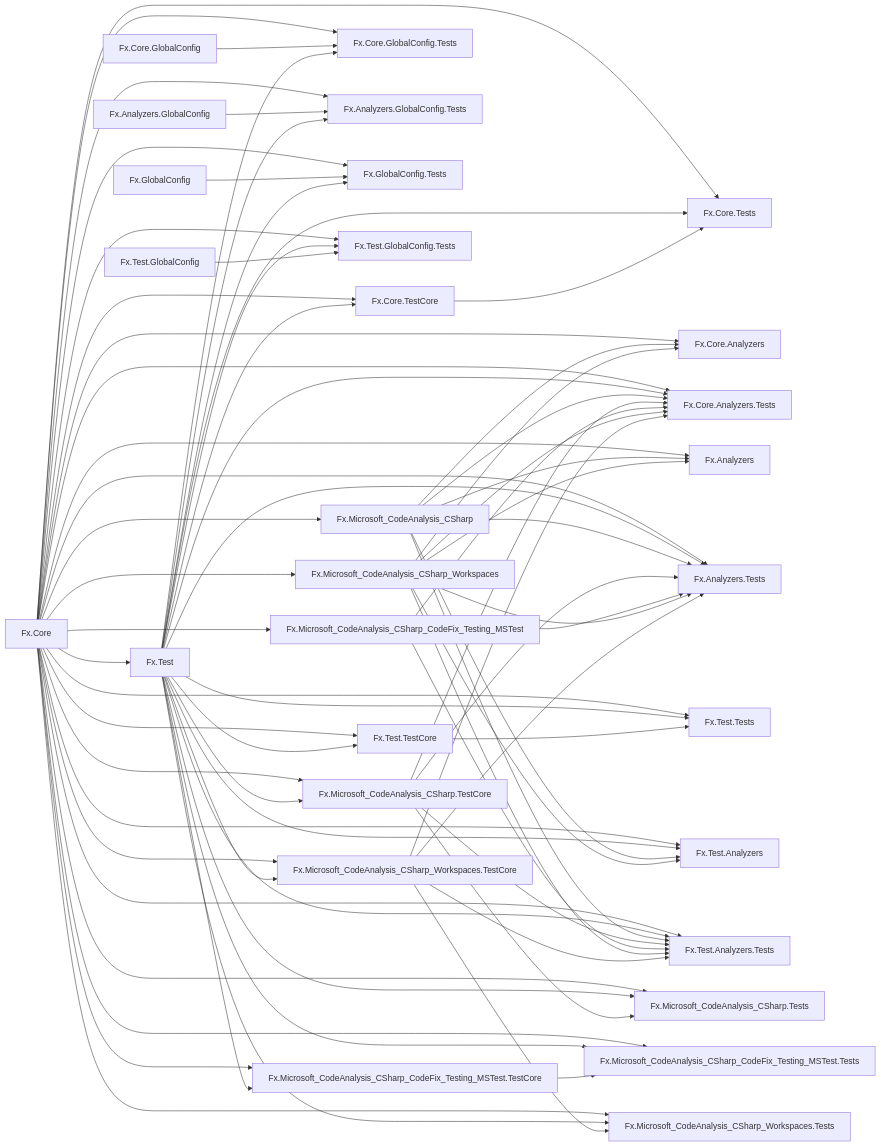
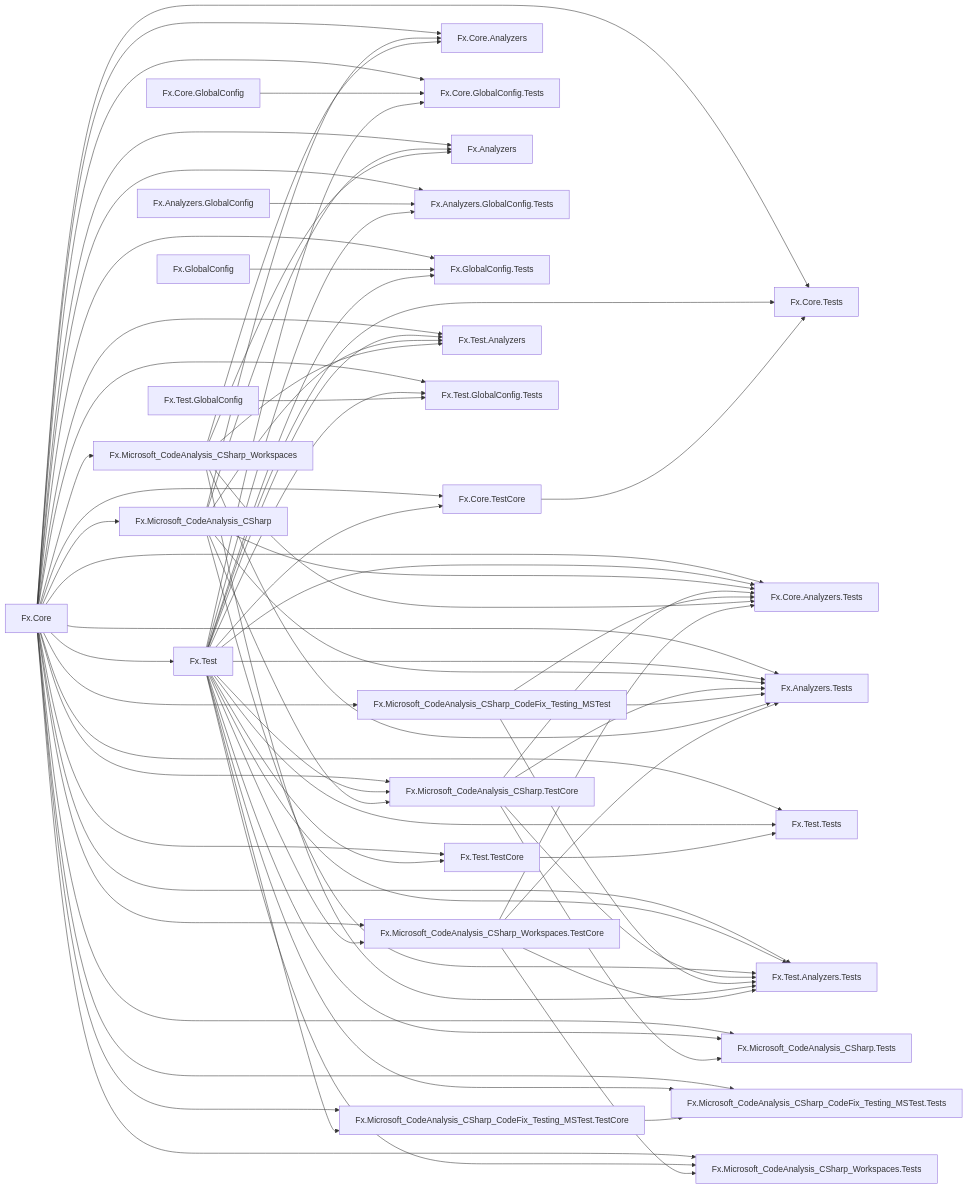
Before and after one commit to ravudet/Fx.Core: the diagram in graph.md, drawn with Mermaid.

```diff
--- a/graph.md
+++ b/graph.md
@@ -103,6 +103,7 @@
 
 	Fx.Core --> Fx.Microsoft_CodeAnalysis_CSharp.TestCore
 	Fx.Test --> Fx.Microsoft_CodeAnalysis_CSharp.TestCore
+	Fx.Microsoft_CodeAnalysis_CSharp --> Fx.Microsoft_CodeAnalysis_CSharp.TestCore
 
 	Fx.Core --> Fx.Microsoft_CodeAnalysis_CSharp.Tests
 	Fx.Test --> Fx.Microsoft_CodeAnalysis_CSharp.Tests
```
